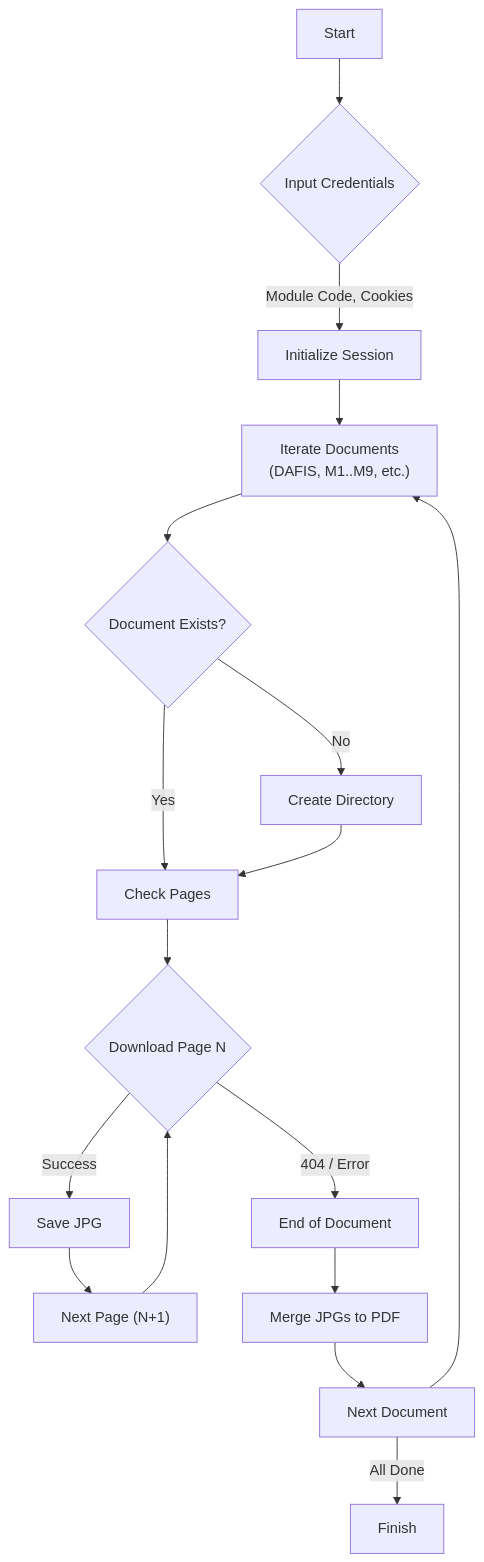
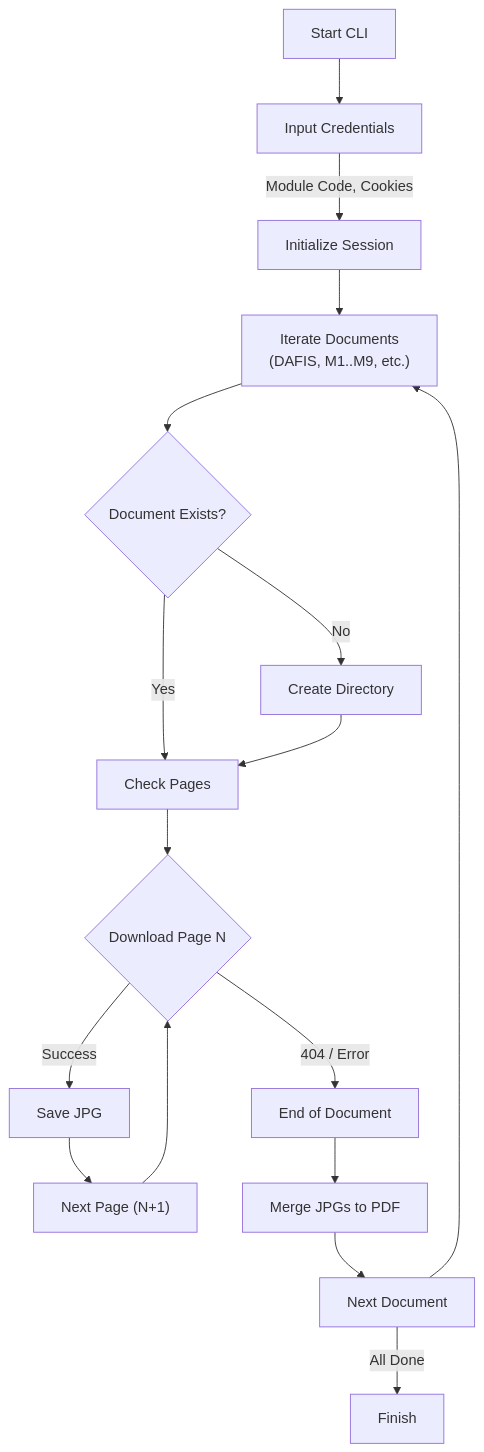
One commit to fleetimee/rbv-downloader-nov25 changed the first of 2 diagrams in README.md. Above: the diagram before and after it, drawn with Mermaid. The commit also changed other lines of this file and 10 other files, not shown here.

````diff
--- a/README.md
+++ b/README.md
@@ -46,19 +188,19 @@
 ```mermaid
 flowchart TD
-    A[Start] --> B{Input Credentials}
+    A[Start CLI] --> B[Input Credentials]
     B -->|Module Code, Cookies| C[Initialize Session]
     C --> D["Iterate Documents\n(DAFIS, M1..M9, etc.)"]
     D --> E{Document Exists?}
     E -->|No| F[Create Directory]
     E -->|Yes| G[Check Pages]
     F --> G
     G --> H{Download Page N}
     H -->|Success| I[Save JPG]
     I --> J["Next Page (N+1)"]
     J --> H
     H -->|404 / Error| K[End of Document]
     K --> L[Merge JPGs to PDF]
     L --> M[Next Document]
     M --> D
     M -->|All Done| N[Finish]
 ```
````
